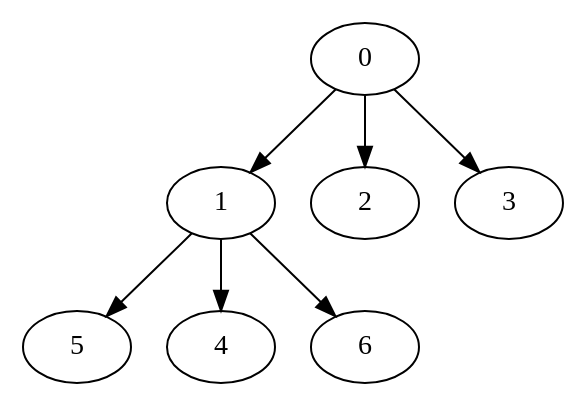
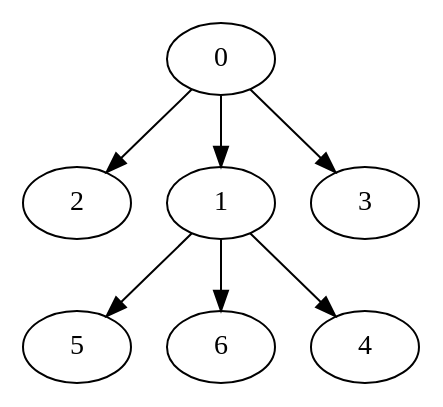
Before and after one commit to SeanSpires/Project1-306-Team-Stonks: the diagram in Nodes_7_OutTree-output.dot, drawn with Graphviz. The commit also changed 3 other files, not shown here.

```diff
--- a/Nodes_7_OutTree-output.dot
+++ b/Nodes_7_OutTree-output.dot
@@ -1,15 +1,15 @@
 digraph "outputExample" {
 	0	[Weight=5,Start=0,Processor=1];
-	1	[Weight=6,Start=5,Processor=1];
-	2	[Weight=5,Start=11,Processor=1];
+	2	[Weight=5,Start=5,Processor=1];
+	1	[Weight=6,Start=10,Processor=1];
 	3	[Weight=6,Start=16,Processor=1];
 	5	[Weight=7,Start=22,Processor=1];
-	4	[Weight=4,Start=29,Processor=1];
-	6	[Weight=7,Start=33,Processor=1];
+	6	[Weight=7,Start=29,Processor=1];
+	4	[Weight=4,Start=36,Processor=1];
 	0 -> 1	 [Weight=15];
 	0 -> 2	 [Weight=11];
 	0 -> 3	 [Weight=11];
 	1 -> 4	 [Weight=19];
 	1 -> 5	 [Weight=4];
 	1 -> 6	 [Weight=21];
 }
```
